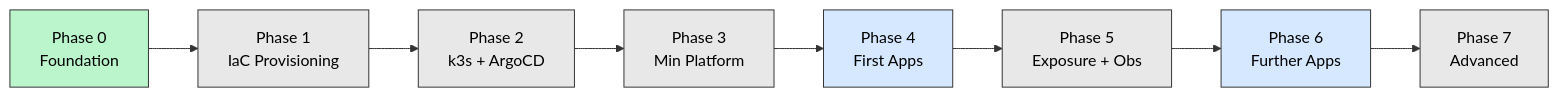
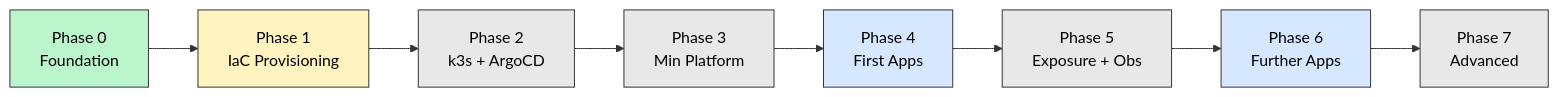
Before and after one commit to aalhabli/iac-kubernetes-homelab: the diagram in docs/roadmap.md, drawn with Mermaid. The commit also changed other lines of this file and 1 other file, not shown here.

First line of the commit message:
docs: apply audit fixes to README and roadmap

````diff
--- a/docs/roadmap.md
+++ b/docs/roadmap.md
@@ -26,19 +26,19 @@
 ```mermaid
 graph LR
     P0["Phase 0<br/>Foundation"] --> P1["Phase 1<br/>IaC Provisioning"]
     P1 --> P2["Phase 2<br/>k3s + ArgoCD"]
     P2 --> P3["Phase 3<br/>Min Platform"]
     P3 --> P4["Phase 4<br/>First Apps"]
     P4 --> P5["Phase 5<br/>Exposure + Obs"]
     P5 --> P6["Phase 6<br/>Further Apps"]
     P6 --> P7["Phase 7<br/>Advanced"]
 
     style P0 fill:#bbf5cc,stroke:#333,color:#000
-    style P1 fill:#e8e8e8,stroke:#333,color:#000
+    style P1 fill:#fff3bf,stroke:#333,color:#000
     style P2 fill:#e8e8e8,stroke:#333,color:#000
     style P3 fill:#e8e8e8,stroke:#333,color:#000
     style P4 fill:#d6e8ff,stroke:#333,color:#000
     style P5 fill:#e8e8e8,stroke:#333,color:#000
     style P6 fill:#d6e8ff,stroke:#333,color:#000
     style P7 fill:#e8e8e8,stroke:#333,color:#000
 ```
````
